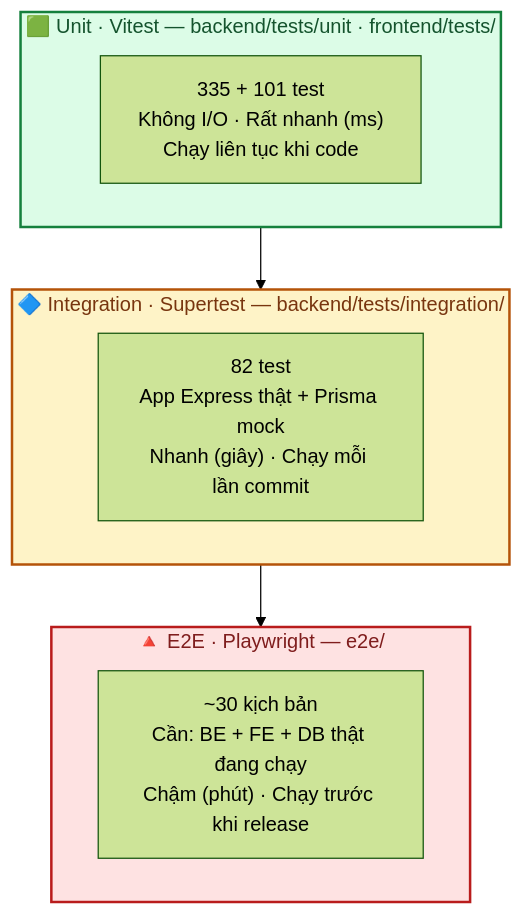
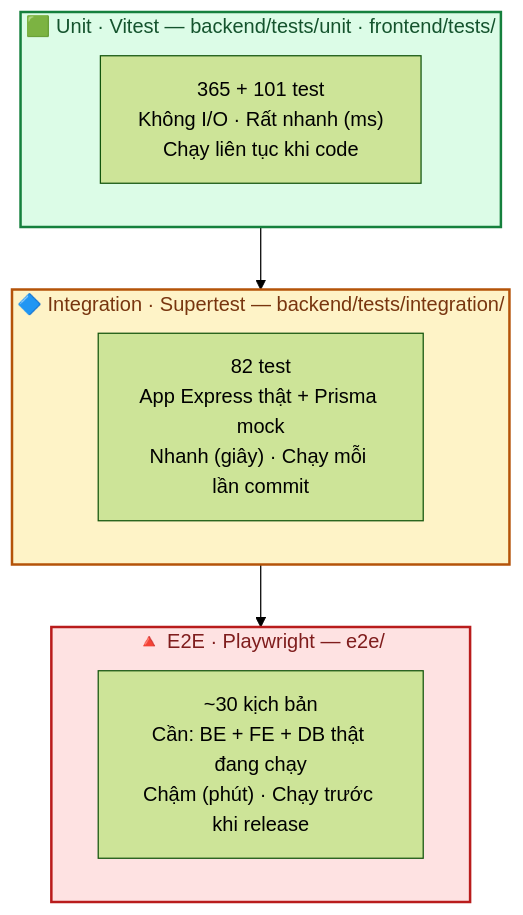
The first of 3 diagrams in docs/08-kiem-thu.md (Hungvu0712/FLOWER), drawn with Mermaid (forest theme) before and after one commit. The commit also changed other lines of this file and 44 other files, not shown here.

````diff
--- a/docs/08-kiem-thu.md
+++ b/docs/08-kiem-thu.md
@@ -12,18 +12,18 @@
 ```mermaid
 flowchart TD
     subgraph E2E["🔺 E2E · Playwright — e2e/"]
         E["~30 kịch bản<br/>Cần: BE + FE + DB thật đang chạy<br/>Chậm (phút) · Chạy trước khi release"]
     end
     subgraph INT["🔷 Integration · Supertest — backend/tests/integration/"]
         I["82 test<br/>App Express thật + Prisma mock<br/>Nhanh (giây) · Chạy mỗi lần commit"]
     end
     subgraph UNIT["🟩 Unit · Vitest — backend/tests/unit · frontend/tests/"]
-        U["335 + 101 test<br/>Không I/O · Rất nhanh (ms)<br/>Chạy liên tục khi code"]
+        U["365 + 101 test<br/>Không I/O · Rất nhanh (ms)<br/>Chạy liên tục khi code"]
     end
 
     UNIT --> INT --> E2E
 
     style E2E fill:#fee2e2,stroke:#b91c1c,stroke-width:2px,color:#7f1d1d
     style INT fill:#fef3c7,stroke:#b45309,stroke-width:2px,color:#78350f
     style UNIT fill:#dcfce7,stroke:#15803d,stroke-width:2px,color:#14532d
 ```
````
